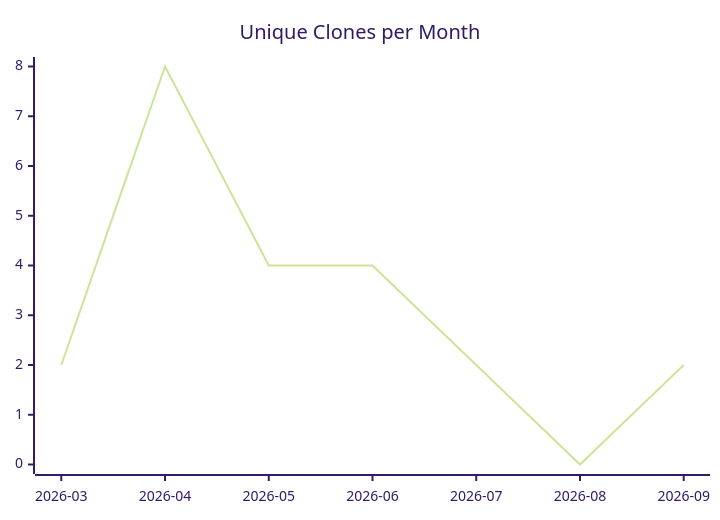
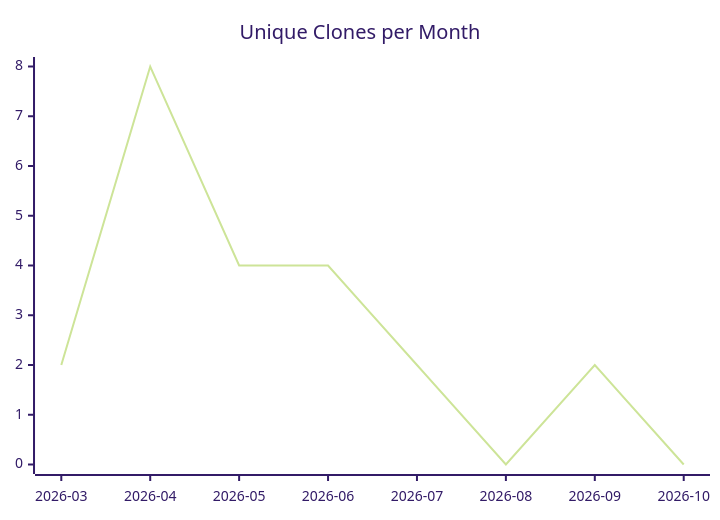
The third of 3 diagrams in karlmdavis/m2e-core-tests/README.md (justdavis-family/github-analytics-data), drawn with Mermaid (forest theme) before and after one commit. The commit also changed other lines of this file and 202 other files, not shown here.

````diff
--- a/karlmdavis/m2e-core-tests/README.md
+++ b/karlmdavis/m2e-core-tests/README.md
@@ -19,6 +19,6 @@
 ```mermaid
 xychart-beta
   title "Unique Clones per Month"
-  x-axis ["2026-03", "2026-04", "2026-05", "2026-06", "2026-07", "2026-08", "2026-09"]
-  line [2, 8, 4, 4, 2, 0, 2]
+  x-axis ["2026-03", "2026-04", "2026-05", "2026-06", "2026-07", "2026-08", "2026-09", "2026-10"]
+  line [2, 8, 4, 4, 2, 0, 2, 0]
 ```
````
